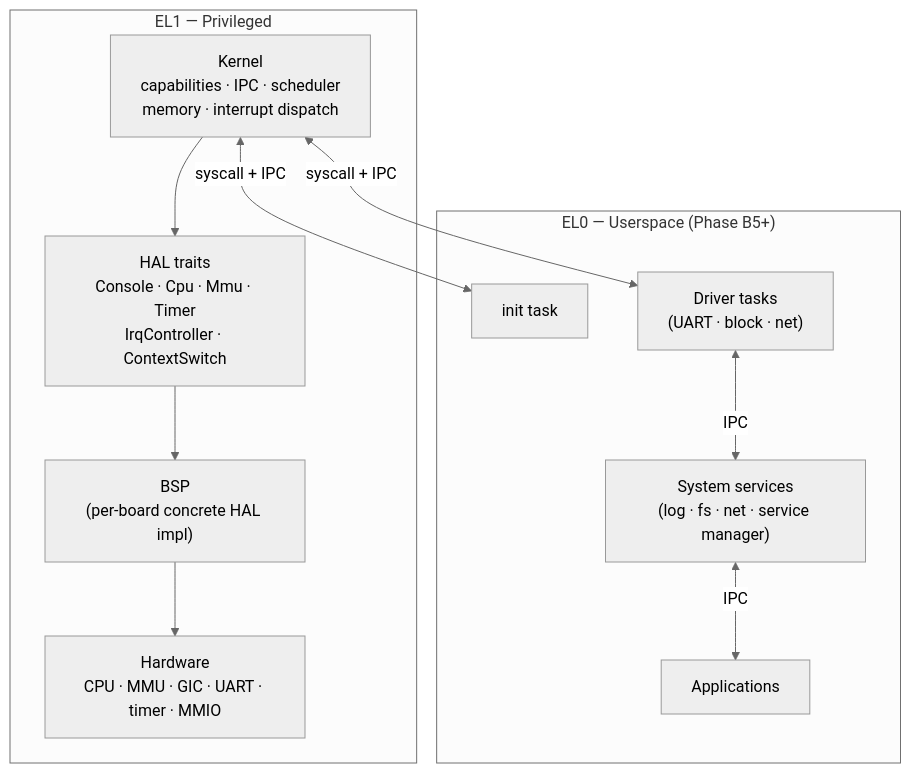
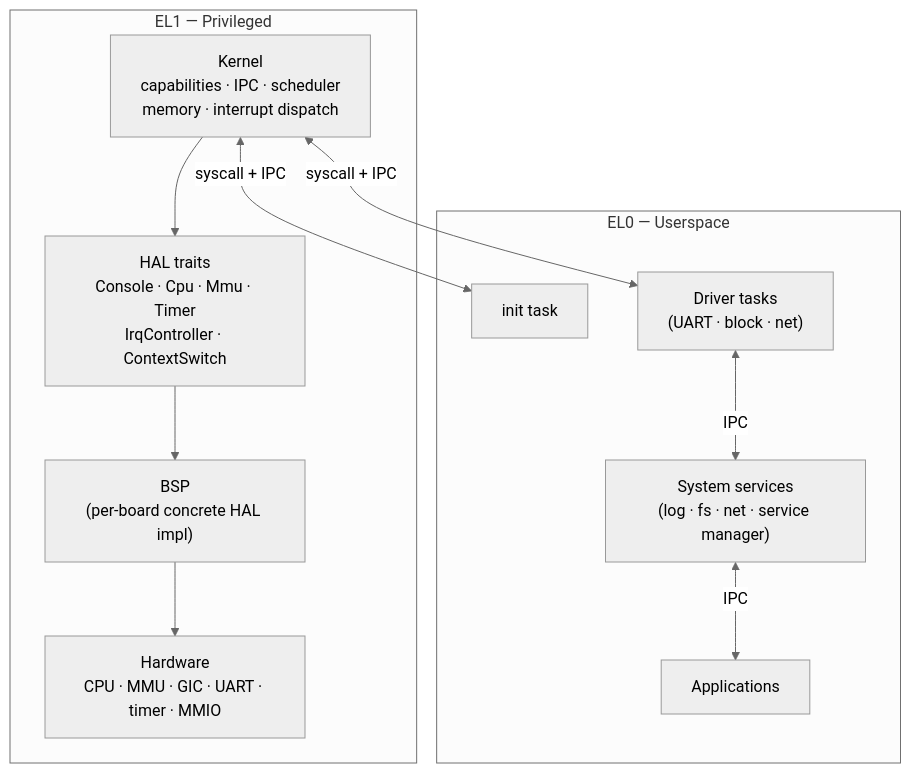
Before and after one commit to HodeTech/Tyrne: the diagram in README.md, drawn with Mermaid (neutral theme). The commit also changed other lines of this file and 4 other files, not shown here.

````diff
--- a/README.md
+++ b/README.md
@@ -121,20 +127,20 @@
 ```mermaid
 flowchart TB
     subgraph Priv["EL1 — Privileged"]
         Kernel["Kernel<br/>capabilities · IPC · scheduler<br/>memory · interrupt dispatch"]
         HAL["HAL traits<br/>Console · Cpu · Mmu · Timer<br/>IrqController · ContextSwitch"]
         BSP["BSP<br/>(per-board concrete HAL impl)"]
         HW["Hardware<br/>CPU · MMU · GIC · UART · timer · MMIO"]
         Kernel --> HAL --> BSP --> HW
     end
-    subgraph User["EL0 — Userspace (Phase B5+)"]
+    subgraph User["EL0 — Userspace"]
         Init["init task"]
         Drivers["Driver tasks<br/>(UART · block · net)"]
         Services["System services<br/>(log · fs · net · service manager)"]
         Apps["Applications"]
     end
     Kernel <-->|syscall + IPC| Init
     Kernel <-->|syscall + IPC| Drivers
     Drivers <-->|IPC| Services
     Services <-->|IPC| Apps
 ```
````
